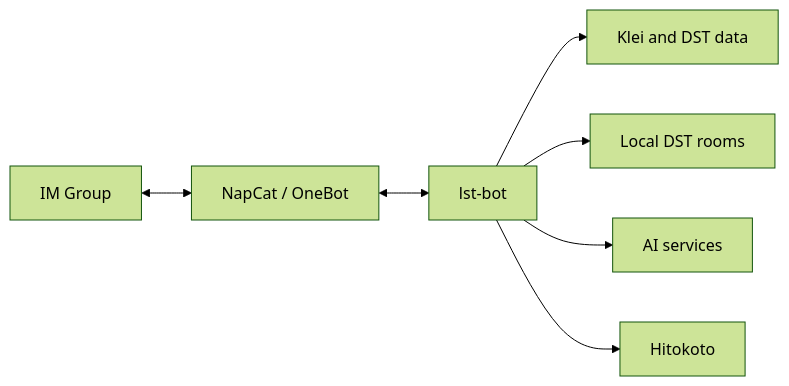
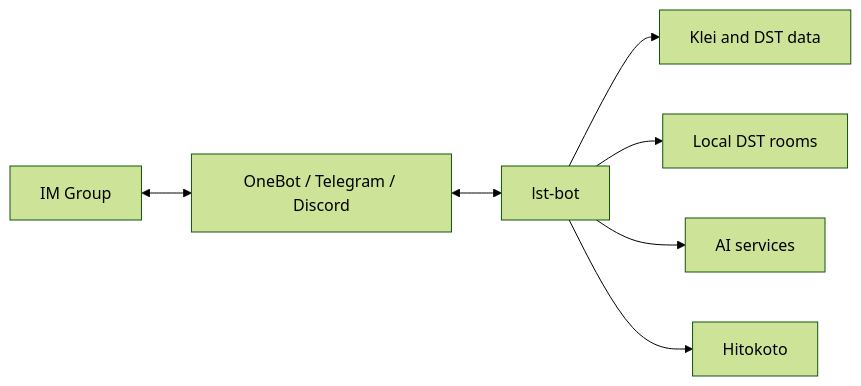
One commit to LetsStarveTogether/lst-bot changed the diagram in README.md. Above: the diagram before and after it, drawn with Mermaid (forest theme). The commit also changed other lines of this file and 75 other files, not shown here.

Commit message:
feat(bot): add Telegram, Discord, and QQ gateways

````diff
--- a/README.md
+++ b/README.md
@@ -23,9 +23,9 @@
 ```mermaid
 flowchart LR
-    Chat[IM Group] <--> Gateway[NapCat / OneBot]
+    Chat[IM Group] <--> Gateway[OneBot / Telegram / Discord]
     Gateway <--> Bot[lst-bot]
     Bot --> Game[Klei and DST data]
     Bot --> Rooms[Local DST rooms]
     Bot --> AI[AI services]
     Bot --> Hitokoto[Hitokoto]
 ```
````
